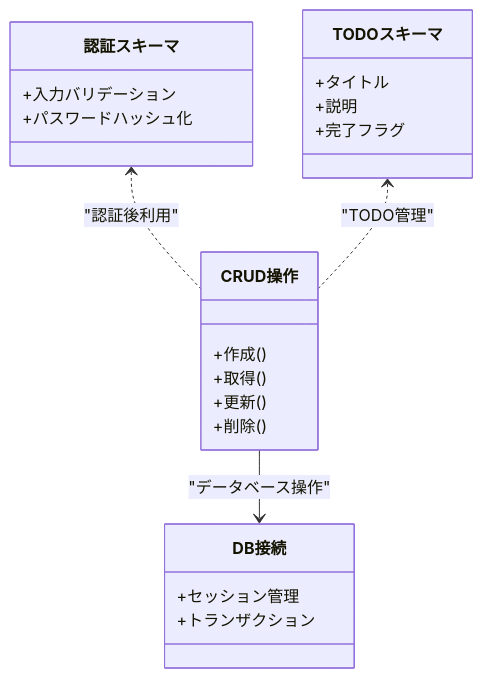
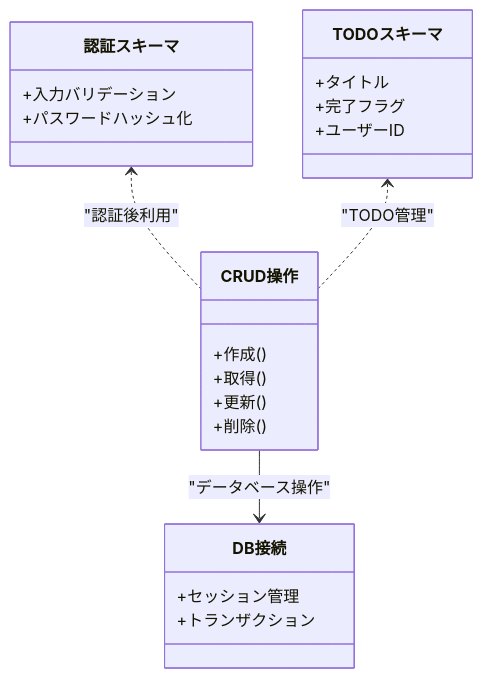
Before and after one commit to ss8806/Todos: the fifth of 6 diagrams in .qoder/repowiki/ja/content/APIリファレンス/APIリファレンス.md, drawn with Mermaid. The commit also changed other lines of this file and 5 other files, not shown here.

````diff
--- a/.qoder/repowiki/ja/content/APIリファレンス/APIリファレンス.md
+++ b/.qoder/repowiki/ja/content/APIリファレンス/APIリファレンス.md
@@ -317,25 +345,25 @@
 ```mermaid
 classDiagram
 class 認証スキーマ {
 +入力バリデーション
 +パスワードハッシュ化
 }
 class TODOスキーマ {
 +タイトル
-+説明
 +完了フラグ
++ユーザーID
 }
 class CRUD操作 {
 +作成()
 +取得()
 +更新()
 +削除()
 }
 class DB接続 {
 +セッション管理
 +トランザクション
 }
 認証スキーマ <.. CRUD操作 : "認証後利用"
 TODOスキーマ <.. CRUD操作 : "TODO管理"
 CRUD操作 --> DB接続 : "データベース操作"
 ```
````
